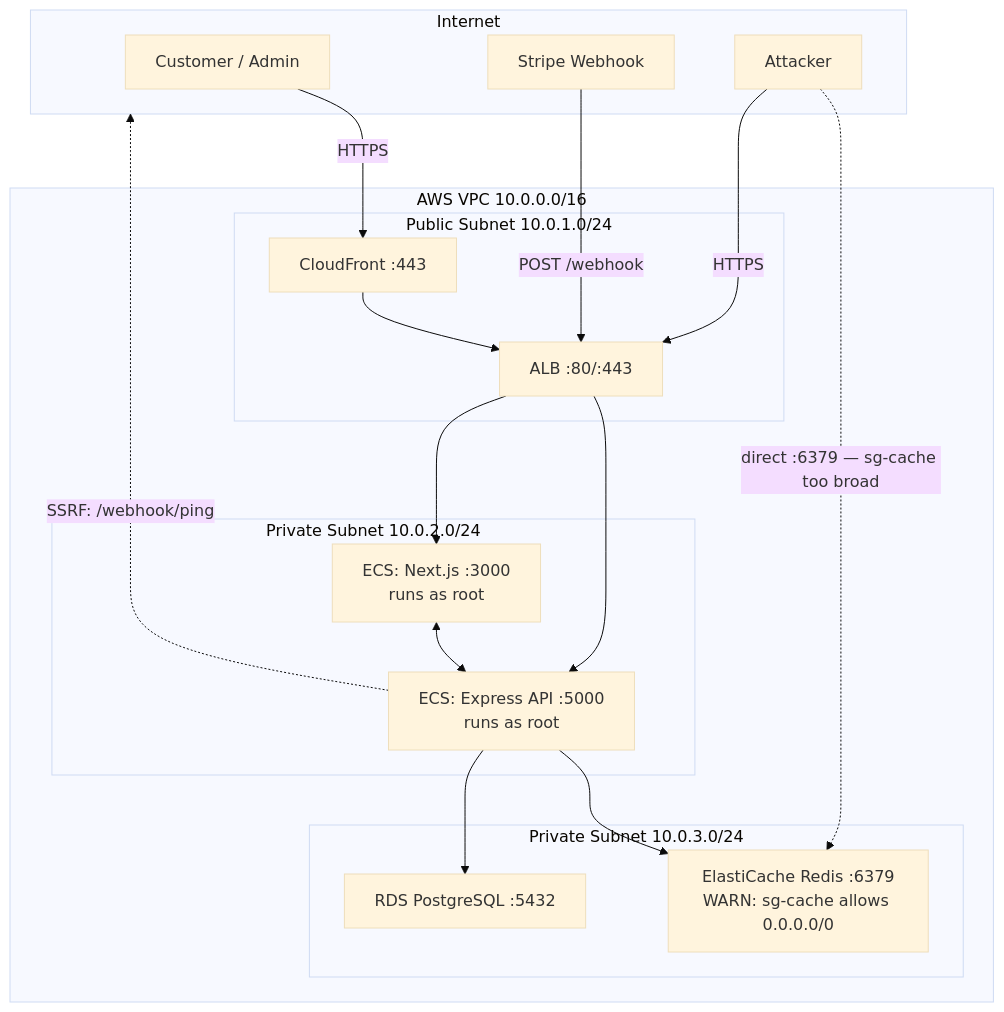
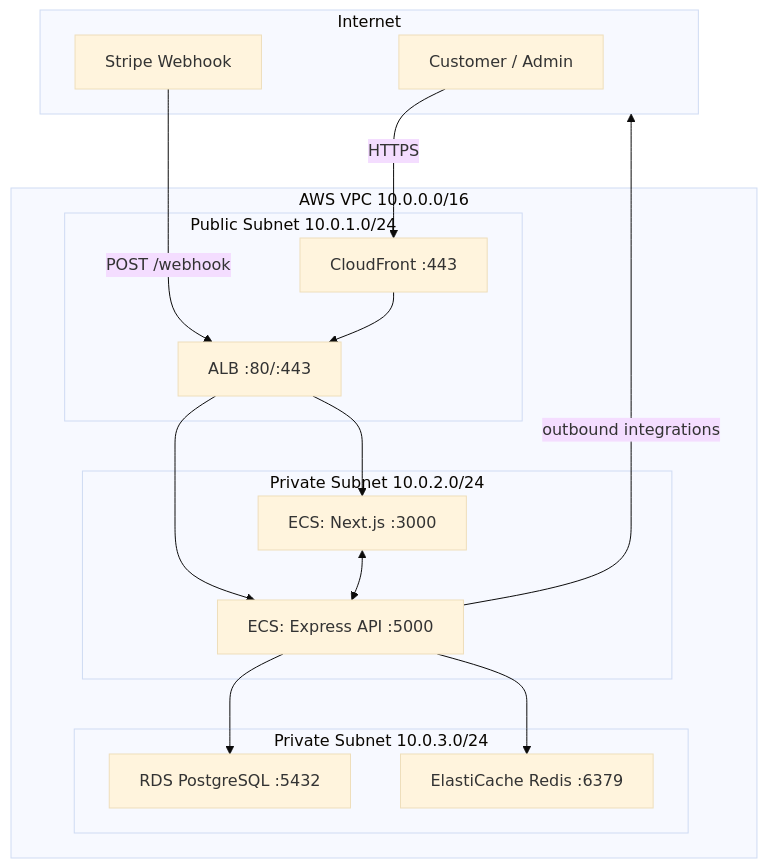
One commit to daemonprompt/Full-Stack-E-Commerce-Platform changed the third of 6 diagrams in docs/ARCHITECTURE.md. Above: the diagram before and after it, drawn with Mermaid (base theme). The commit also changed other lines of this file and 2 other files, not shown here.

Commit message:
docs: clean up architecture docs and infrastructure configs

````diff
--- a/docs/ARCHITECTURE.md
+++ b/docs/ARCHITECTURE.md
@@ -76,37 +76,34 @@
 ```mermaid
 flowchart TB
   subgraph internet["Internet"]
     user["Customer / Admin"]
-    attacker["Attacker"]
     stripe_ext["Stripe Webhook"]
   end
 
   subgraph vpc["AWS VPC 10.0.0.0/16"]
     subgraph public["Public Subnet 10.0.1.0/24"]
       cf["CloudFront :443"]
       alb["ALB :80/:443"]
     end
 
     subgraph app["Private Subnet 10.0.2.0/24"]
-      next["ECS: Next.js :3000\nruns as root"]
-      express["ECS: Express API :5000\nruns as root"]
+      next["ECS: Next.js :3000"]
+      express["ECS: Express API :5000"]
     end
 
     subgraph data["Private Subnet 10.0.3.0/24"]
       rds["RDS PostgreSQL :5432"]
-      redis["ElastiCache Redis :6379\nWARN: sg-cache allows 0.0.0.0/0"]
+      redis["ElastiCache Redis :6379"]
     end
   end
 
   user -->|HTTPS| cf
-  attacker -->|HTTPS| alb
-  attacker -.->|direct :6379 — sg-cache too broad| redis
   stripe_ext -->|POST /webhook| alb
   cf --> alb
   alb --> next
   alb --> express
   next <--> express
   express --> rds
   express --> redis
-  express -.->|SSRF: /webhook/ping| internet
+  express -->|outbound integrations| internet
 ```
````
